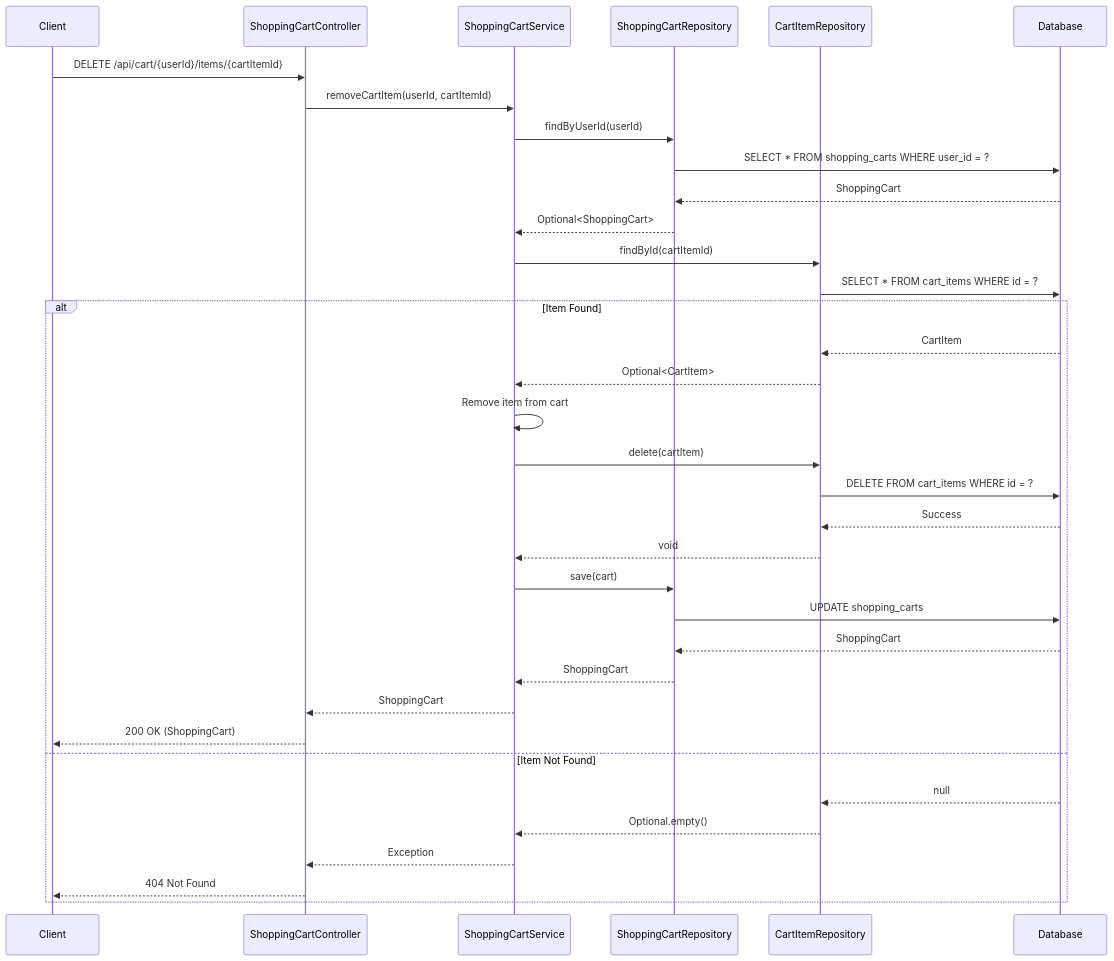
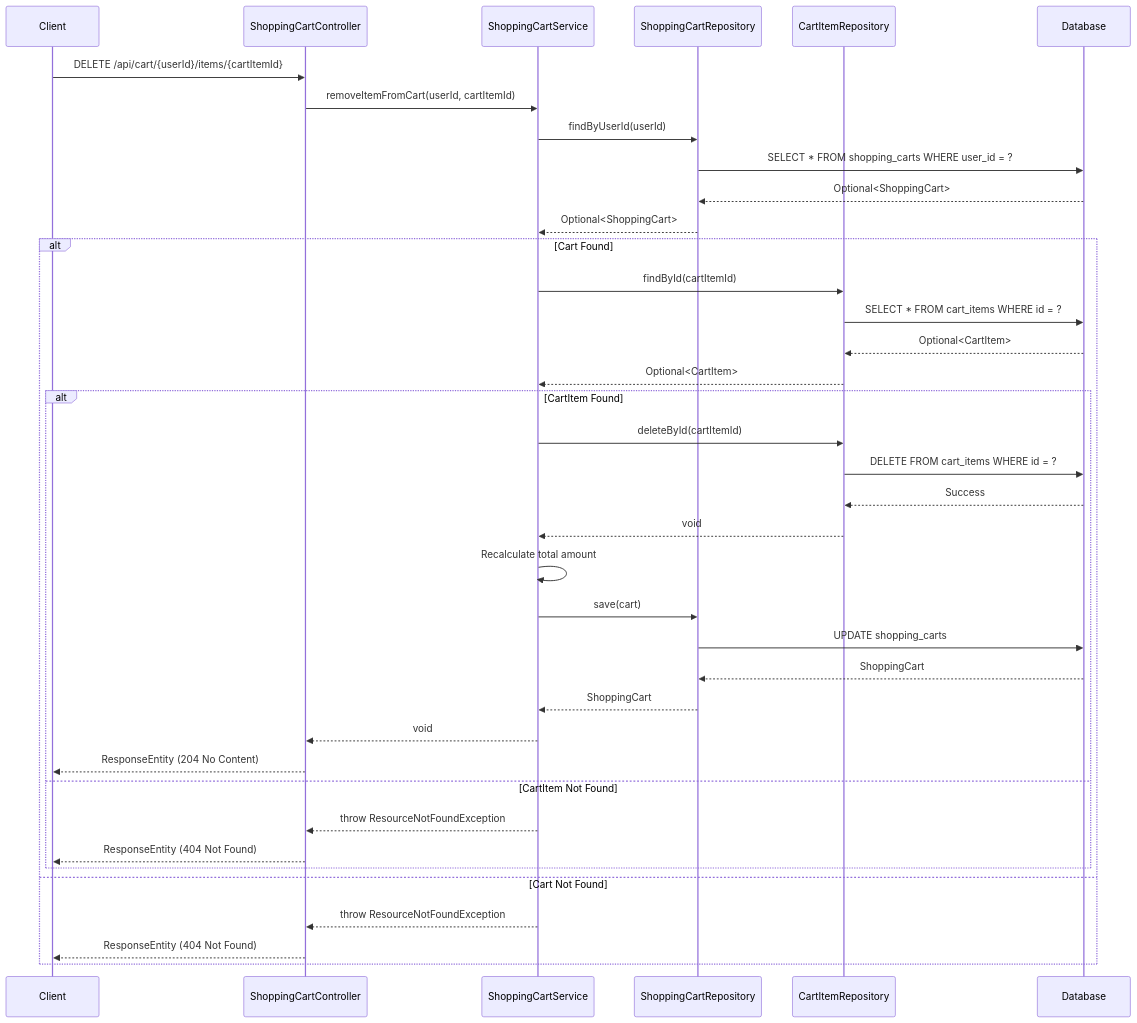
One commit to NavneetBN47/aava-ecom-demo changed diagram 13 of 13 in docs/LLD/modified_lld.md. Above: the diagram before and after it, drawn with Mermaid. The commit also changed other lines of this file, not shown here.

````diff
--- a/docs/LLD/modified_lld.md
+++ b/docs/LLD/modified_lld.md
@@ -481,40 +505,43 @@
 ```mermaid
 sequenceDiagram
     participant Client
     participant ShoppingCartController
     participant ShoppingCartService
     participant ShoppingCartRepository
     participant CartItemRepository
     participant Database
 
     Client->>ShoppingCartController: DELETE /api/cart/{userId}/items/{cartItemId}
-    ShoppingCartController->>ShoppingCartService: removeCartItem(userId, cartItemId)
+    ShoppingCartController->>ShoppingCartService: removeItemFromCart(userId, cartItemId)
     ShoppingCartService->>ShoppingCartRepository: findByUserId(userId)
     ShoppingCartRepository->>Database: SELECT * FROM shopping_carts WHERE user_id = ?
-    Database-->>ShoppingCartRepository: ShoppingCart
+    Database-->>ShoppingCartRepository: Optional<ShoppingCart>
     ShoppingCartRepository-->>ShoppingCartService: Optional<ShoppingCart>
     
-    ShoppingCartService->>CartItemRepository: findById(cartItemId)
-    CartItemRepository->>Database: SELECT * FROM cart_items WHERE id = ?
-    
-    alt Item Found
-        Database-->>CartItemRepository: CartItem
+    alt Cart Found
+        ShoppingCartService->>CartItemRepository: findById(cartItemId)
+        CartItemRepository->>Database: SELECT * FROM cart_items WHERE id = ?
+        Database-->>CartItemRepository: Optional<CartItem>
         CartItemRepository-->>ShoppingCartService: Optional<CartItem>
-        ShoppingCartService->>ShoppingCartService: Remove item from cart
-        ShoppingCartService->>CartItemRepository: delete(cartItem)
-        CartItemRepository->>Database: DELETE FROM cart_items WHERE id = ?
-        Database-->>CartItemRepository: Success
-        CartItemRepository-->>ShoppingCartService: void
-        ShoppingCartService->>ShoppingCartRepository: save(cart)
-        ShoppingCartRepository->>Database: UPDATE shopping_carts
-        Database-->>ShoppingCartRepository: ShoppingCart
-        ShoppingCartRepository-->>ShoppingCartService: ShoppingCart
-        ShoppingCartService-->>ShoppingCartController: ShoppingCart
-        ShoppingCartController-->>Client: 200 OK (ShoppingCart)
-    else Item Not Found
-        Database-->>CartItemRepository: null
-        CartItemRepository-->>ShoppingCartService: Optional.empty()
-        ShoppingCartService-->>ShoppingCartController: Exception
-        ShoppingCartController-->>Client: 404 Not Found
+        
+        alt CartItem Found
+            ShoppingCartService->>CartItemRepository: deleteById(cartItemId)
+            CartItemRepository->>Database: DELETE FROM cart_items WHERE id = ?
+            Database-->>CartItemRepository: Success
+            CartItemRepository-->>ShoppingCartService: void
+            ShoppingCartService->>ShoppingCartService: Recalculate total amount
+            ShoppingCartService->>ShoppingCartRepository: save(cart)
+            ShoppingCartRepository->>Database: UPDATE shopping_carts
+            Database-->>ShoppingCartRepository: ShoppingCart
+            ShoppingCartRepository-->>ShoppingCartService: ShoppingCart
+            ShoppingCartService-->>ShoppingCartController: void
+            ShoppingCartController-->>Client: ResponseEntity (204 No Content)
+        else CartItem Not Found
+            ShoppingCartService-->>ShoppingCartController: throw ResourceNotFoundException
+            ShoppingCartController-->>Client: ResponseEntity (404 Not Found)
+        end
+    else Cart Not Found
+        ShoppingCartService-->>ShoppingCartController: throw ResourceNotFoundException
+        ShoppingCartController-->>Client: ResponseEntity (404 Not Found)
     end
 ```
````
